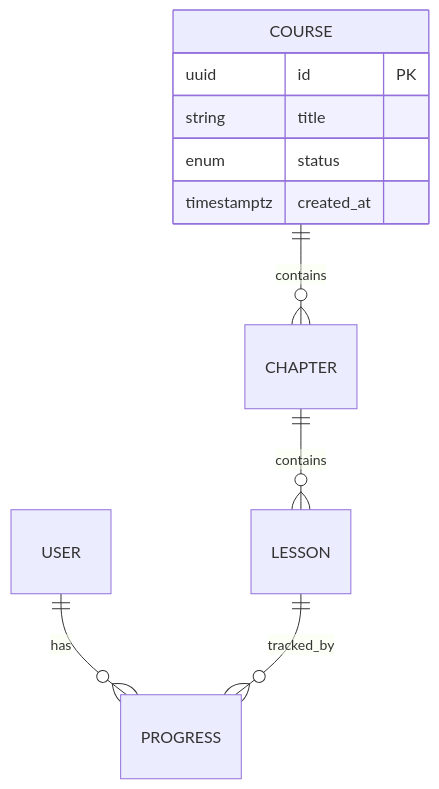
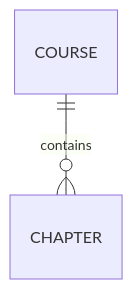
Before and after one commit to foryou2026/chinese: the diagram in prompt/D-develop/_shared/D01-01-AI输出-数据规范.md, drawn with Mermaid. The commit also changed other lines of this file and 18 other files, not shown here.

````diff
--- a/prompt/D-develop/_shared/D01-01-AI输出-数据规范.md
+++ b/prompt/D-develop/_shared/D01-01-AI输出-数据规范.md
@@ -70,13 +49,4 @@
 ```mermaid
 erDiagram
   COURSE ||--o{ CHAPTER : contains
-  CHAPTER ||--o{ LESSON : contains
-  USER ||--o{ PROGRESS : has
-  LESSON ||--o{ PROGRESS : tracked_by
-  COURSE {
-    uuid id PK
-    string title
-    enum status
-    timestamptz created_at
-  }
 ```
````
